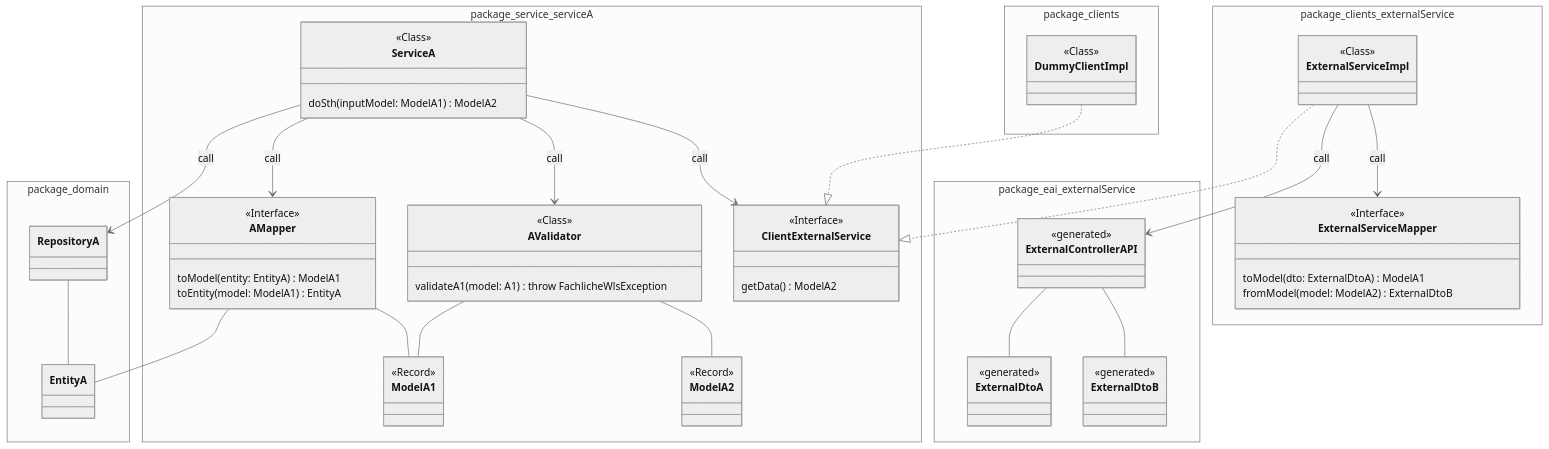
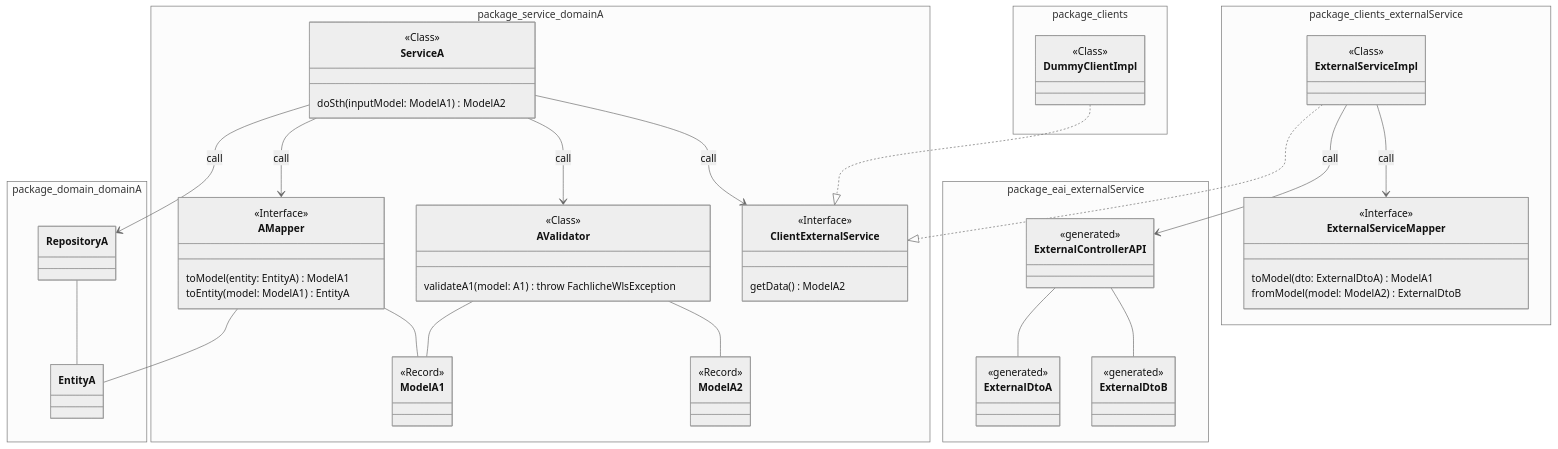
One commit to it-at-m/Wahllokalsystem changed the third of 4 diagrams in docs/src/technik/systemspecification/backend.md. Above: the diagram before and after it, drawn with Mermaid (neutral theme). The commit also changed other lines of this file and 3 other files, not shown here.

```diff
--- a/docs/src/technik/systemspecification/backend.md
+++ b/docs/src/technik/systemspecification/backend.md
@@ -165,7 +165,7 @@
 
 classDiagram
 
-    namespace package_domain {
+    namespace package_domain_domainA {
         class EntityA {
 
         }
@@ -176,7 +176,7 @@
 
     }
 
-    namespace package_service_serviceA {
+    namespace package_service_domainA {
         class ServiceA {
             <<Class>>
             doSth(inputModel: ModelA1) ModelA2
```
